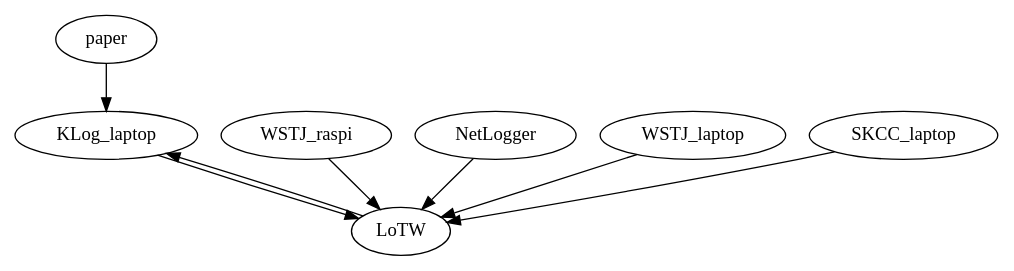
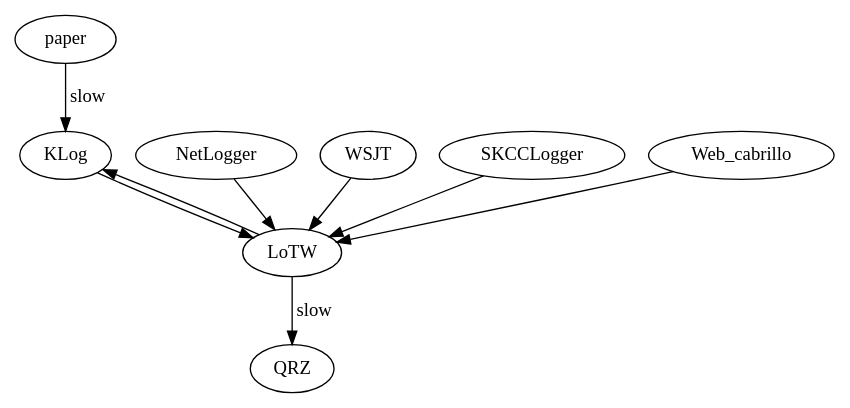
One commit to zimolzak/allhams changed the diagram in my_log_workflow.dot. Above: the diagram before and after it, drawn with Graphviz.

Commit message:
update digraph

```diff
--- a/my_log_workflow.dot
+++ b/my_log_workflow.dot
@@ -1,10 +1,12 @@
 digraph{
 
-paper -> KLog_laptop -> LoTW;
-LoTW -> KLog_laptop;
-WSTJ_raspi -> LoTW;
+paper -> KLog [label="slow"];
+KLog -> LoTW;
+LoTW -> QRZ [label="slow"];
+LoTW -> KLog;
 NetLogger -> LoTW;
-WSTJ_laptop -> LoTW;
-SKCC_laptop -> LoTW;
+WSJT -> LoTW;
+SKCCLogger -> LoTW;
+Web_cabrillo -> LoTW;
 
 }
```
